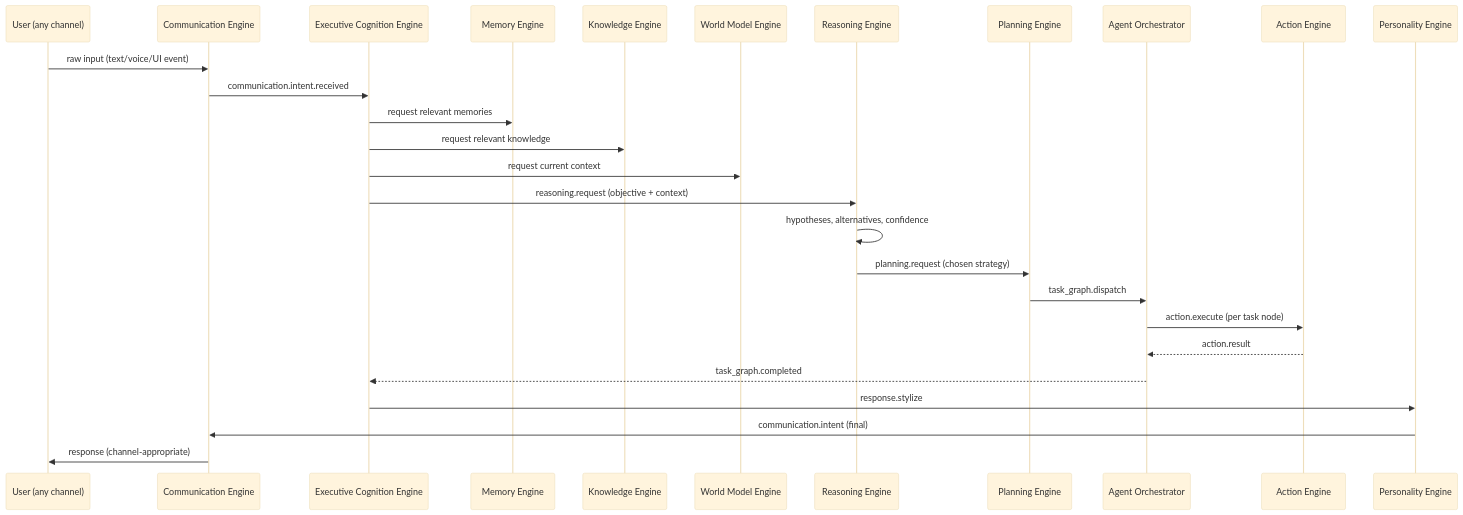
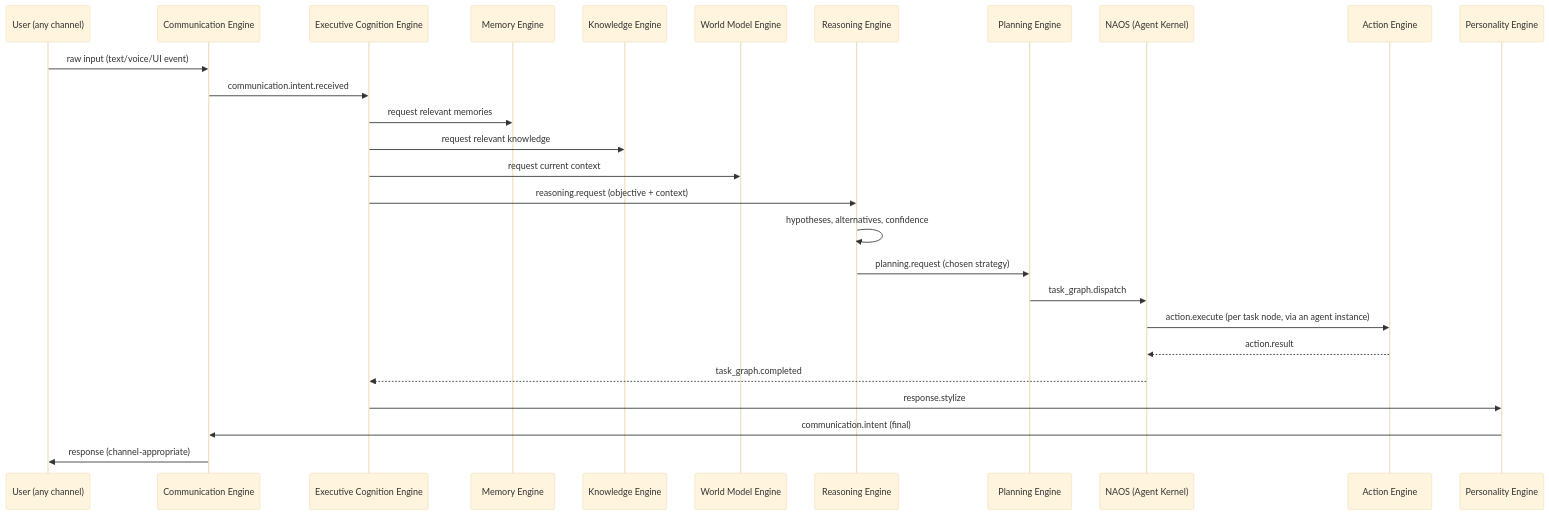
Before and after one commit to Tudor191/NOVA-PROJECT-BIBLE: the diagram in docs/architecture/03-backend-architecture.md, drawn with Mermaid (base theme). The commit also changed other lines of this file and 13 other files, not shown here.

First line of the commit message:
Elevate Event Bus, Graph Store, and Agent Orchestrator to explicit abstractions

````diff
--- a/docs/architecture/03-backend-architecture.md
+++ b/docs/architecture/03-backend-architecture.md
@@ -71,30 +71,30 @@
 ```mermaid
 sequenceDiagram
     participant U as User (any channel)
     participant CE as Communication Engine
     participant ECE as Executive Cognition Engine
     participant MEM as Memory Engine
     participant KE as Knowledge Engine
     participant WM as World Model Engine
     participant RE as Reasoning Engine
     participant PE as Planning Engine
-    participant AO as Agent Orchestrator
+    participant NAOS as NAOS (Agent Kernel)
     participant AE as Action Engine
     participant PersE as Personality Engine
 
     U->>CE: raw input (text/voice/UI event)
     CE->>ECE: communication.intent.received
     ECE->>MEM: request relevant memories
     ECE->>KE: request relevant knowledge
     ECE->>WM: request current context
     ECE->>RE: reasoning.request (objective + context)
     RE->>RE: hypotheses, alternatives, confidence
     RE->>PE: planning.request (chosen strategy)
-    PE->>AO: task_graph.dispatch
-    AO->>AE: action.execute (per task node)
-    AE-->>AO: action.result
-    AO-->>ECE: task_graph.completed
+    PE->>NAOS: task_graph.dispatch
+    NAOS->>AE: action.execute (per task node, via an agent instance)
+    AE-->>NAOS: action.result
+    NAOS-->>ECE: task_graph.completed
     ECE->>PersE: response.stylize
     PersE->>CE: communication.intent (final)
     CE->>U: response (channel-appropriate)
 ```
````
